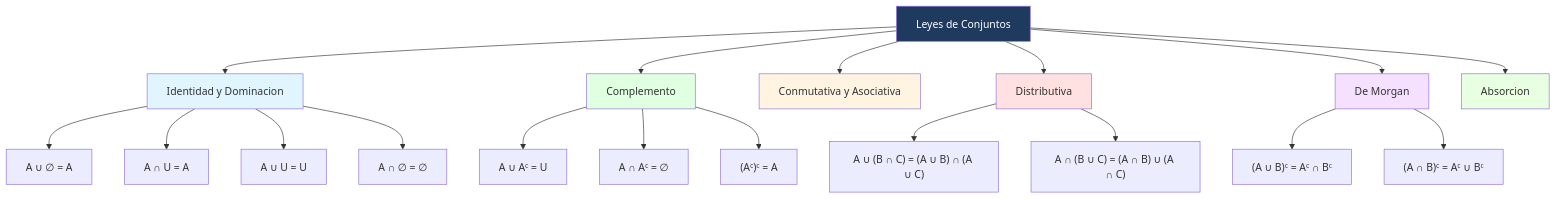
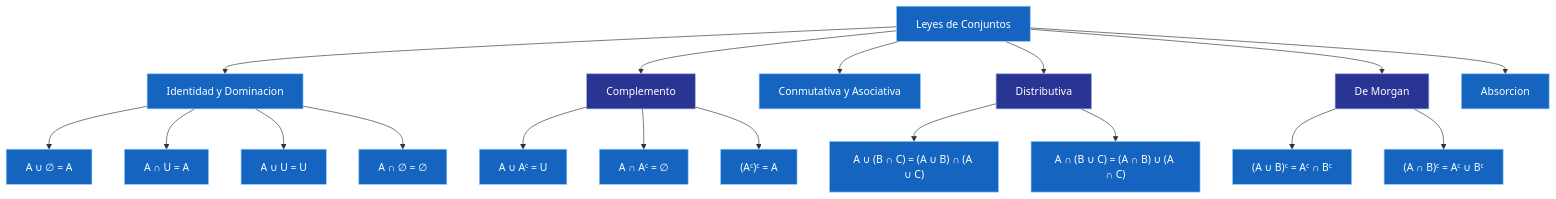
Before and after one commit to Fsteven22/Notas-ESPOL: the diagram in src/site/notes/Universidad/3er Semestre/Matemáticas Discretas/Unidad 1 - Logica y Conjuntos/IV - Teoría de Conjuntos/03 - Leyes de Conjuntos.md, drawn with Mermaid. The commit also changed other lines of this file and 79 other files, not shown here.

````diff
--- a/src/site/notes/Universidad/3er Semestre/Matemáticas Discretas/Unidad 1 - Logica y Conjuntos/IV - Teoría de Conjuntos/03 - Leyes de Conjuntos.md
+++ b/src/site/notes/Universidad/3er Semestre/Matemáticas Discretas/Unidad 1 - Logica y Conjuntos/IV - Teoría de Conjuntos/03 - Leyes de Conjuntos.md
@@ -242,32 +247,43 @@
 ```mermaid
 graph TD
     A[Leyes de Conjuntos] --> B[Identidad y Dominacion]
     A --> C[Complemento]
     A --> D[Conmutativa y Asociativa]
     A --> E[Distributiva]
     A --> F[De Morgan]
     A --> G[Absorcion]
 
     B --> B1["A ∪ ∅ = A"]
     B --> B2["A ∩ U = A"]
     B --> B3["A ∪ U = U"]
     B --> B4["A ∩ ∅ = ∅"]
 
     C --> C1["A ∪ Aᶜ = U"]
     C --> C2["A ∩ Aᶜ = ∅"]
     C --> C3["(Aᶜ)ᶜ = A"]
 
     E --> E1["A ∪ (B ∩ C) = (A ∪ B) ∩ (A ∪ C)"]
     E --> E2["A ∩ (B ∪ C) = (A ∩ B) ∪ (A ∩ C)"]
 
     F --> F1["(A ∪ B)ᶜ = Aᶜ ∩ Bᶜ"]
     F --> F2["(A ∩ B)ᶜ = Aᶜ ∪ Bᶜ"]
+    style A fill:#1565C0,color:#FFFFFF,stroke:#90CAF9,stroke-width:1px
+    style B fill:#1565C0,color:#FFFFFF,stroke:#90CAF9,stroke-width:1px
+    style B1 fill:#1565C0,color:#FFFFFF,stroke:#90CAF9,stroke-width:1px
+    style B2 fill:#1565C0,color:#FFFFFF,stroke:#90CAF9,stroke-width:1px
+    style B3 fill:#1565C0,color:#FFFFFF,stroke:#90CAF9,stroke-width:1px
+    style B4 fill:#1565C0,color:#FFFFFF,stroke:#90CAF9,stroke-width:1px
+    style C fill:#283593,color:#FFFFFF,stroke:#9FA8DA,stroke-width:1px
+    style C1 fill:#1565C0,color:#FFFFFF,stroke:#90CAF9,stroke-width:1px
+    style C2 fill:#1565C0,color:#FFFFFF,stroke:#90CAF9,stroke-width:1px
+    style C3 fill:#1565C0,color:#FFFFFF,stroke:#90CAF9,stroke-width:1px
+    style D fill:#1565C0,color:#FFFFFF,stroke:#90CAF9,stroke-width:1px
+    style E fill:#283593,color:#FFFFFF,stroke:#9FA8DA,stroke-width:1px
+    style E1 fill:#1565C0,color:#FFFFFF,stroke:#90CAF9,stroke-width:1px
+    style E2 fill:#1565C0,color:#FFFFFF,stroke:#90CAF9,stroke-width:1px
+    style F fill:#283593,color:#FFFFFF,stroke:#9FA8DA,stroke-width:1px
+    style F1 fill:#1565C0,color:#FFFFFF,stroke:#90CAF9,stroke-width:1px
+    style F2 fill:#1565C0,color:#FFFFFF,stroke:#90CAF9,stroke-width:1px
+    style G fill:#1565C0,color:#FFFFFF,stroke:#90CAF9,stroke-width:1px
 
-    style A fill:#1e3a5f,color:#fff
-    style B fill:#e1f5ff
-    style C fill:#e1ffe1
-    style D fill:#fff4e1
-    style E fill:#ffe1e1
-    style F fill:#f5e1ff
-    style G fill:#e8ffe1
 ```
````
